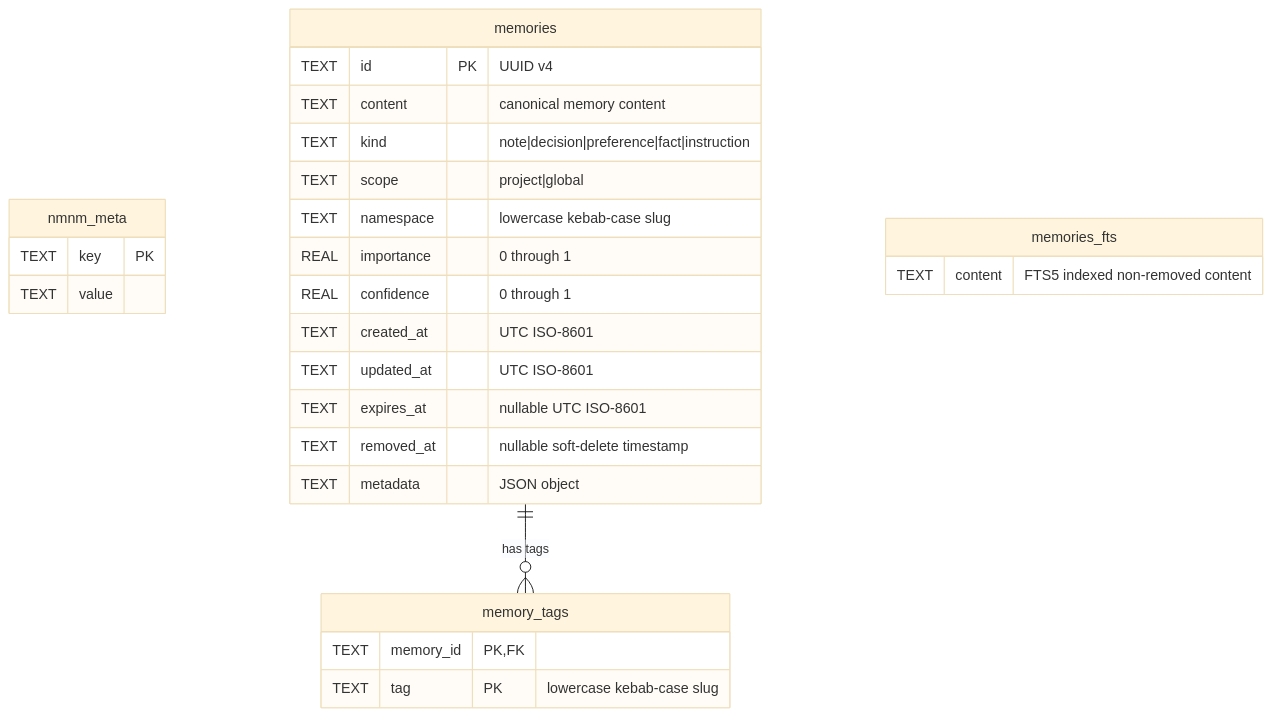
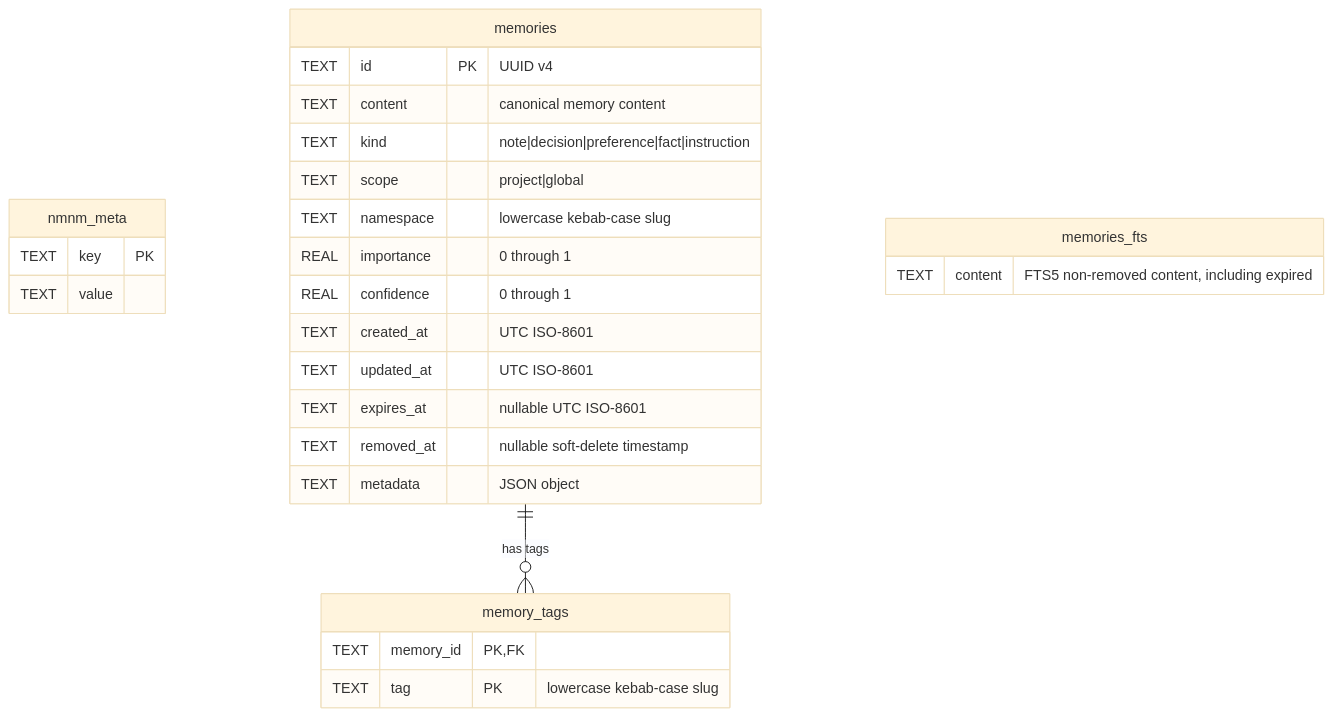
Before and after one commit to linellazatin/nanomneme: the second of 2 diagrams in docs/ARCHITECTURE.md, drawn with Mermaid (base theme). The commit also changed other lines of this file, not shown here.

Commit message:
docs: align architecture with logging and adapter distribution

````diff
--- a/docs/ARCHITECTURE.md
+++ b/docs/ARCHITECTURE.md
@@ -79,33 +108,33 @@
 ```mermaid
 erDiagram
   nmnm_meta {
     TEXT key PK
     TEXT value
   }
 
   memories {
     TEXT id PK "UUID v4"
     TEXT content "canonical memory content"
     TEXT kind "note|decision|preference|fact|instruction"
     TEXT scope "project|global"
     TEXT namespace "lowercase kebab-case slug"
     REAL importance "0 through 1"
     REAL confidence "0 through 1"
     TEXT created_at "UTC ISO-8601"
     TEXT updated_at "UTC ISO-8601"
     TEXT expires_at "nullable UTC ISO-8601"
     TEXT removed_at "nullable soft-delete timestamp"
     TEXT metadata "JSON object"
   }
 
   memory_tags {
     TEXT memory_id PK, FK
     TEXT tag PK "lowercase kebab-case slug"
   }
 
   memories_fts {
-    TEXT content "FTS5 indexed non-removed content"
+    TEXT content "FTS5 non-removed content, including expired"
   }
 
   memories ||--o{ memory_tags : "has tags"
 ```
````
